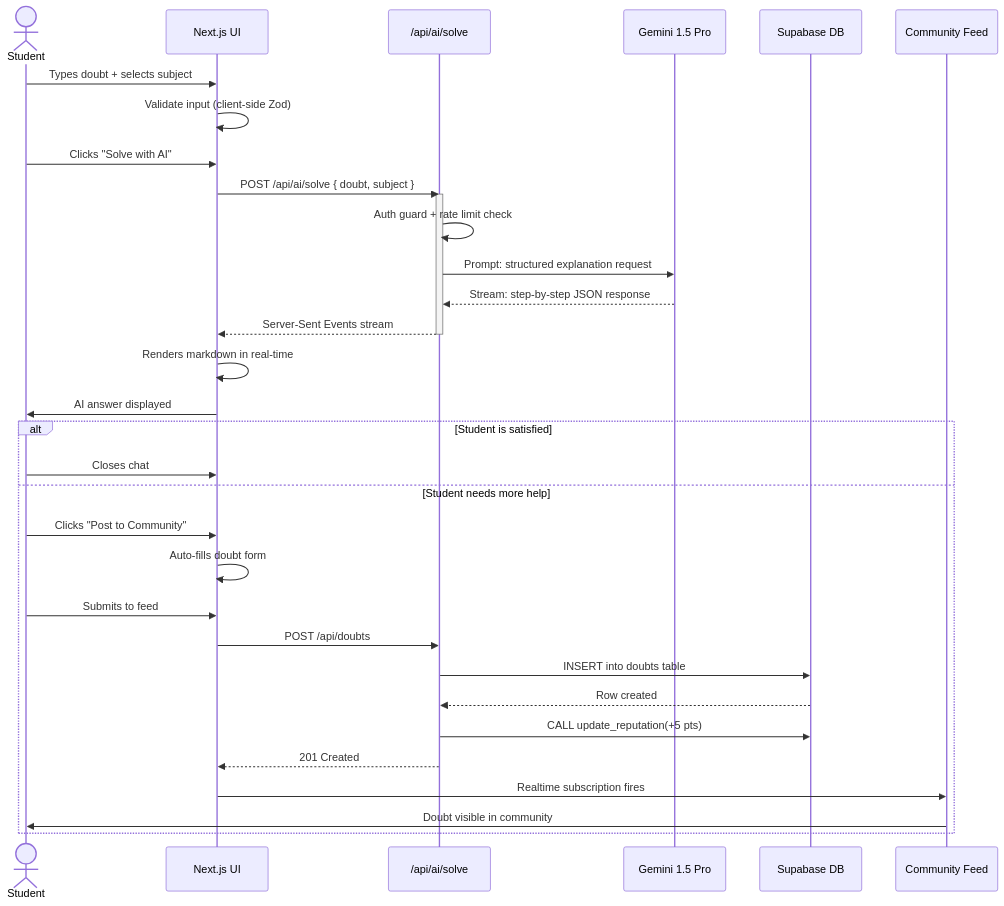
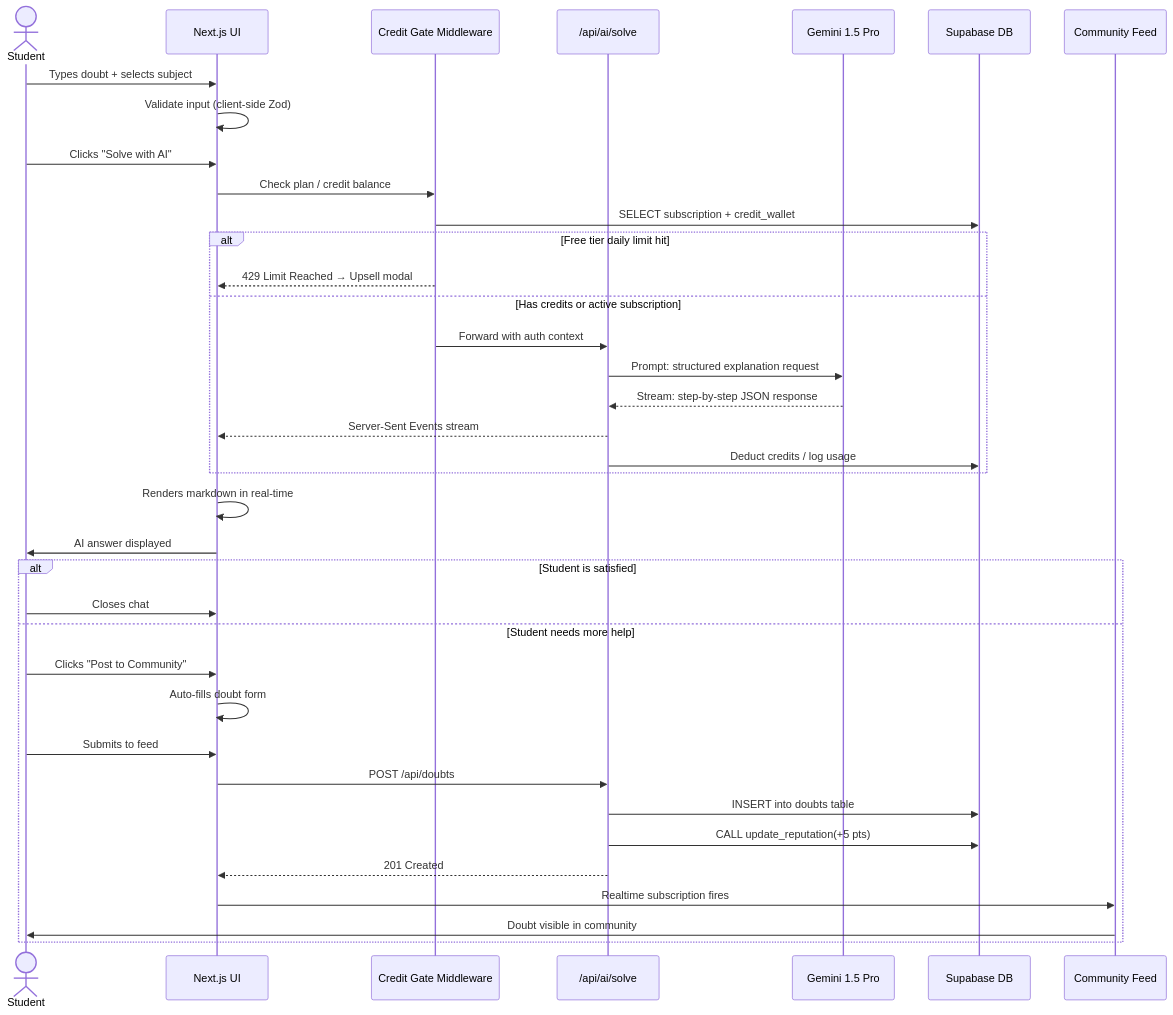
Before and after one commit to ayushjhaa1187-spec/DEV_FUSION: the third of 7 diagrams in README.md, drawn with Mermaid. The commit also changed other lines of this file, not shown here.

````diff
--- a/README.md
+++ b/README.md
@@ -223,39 +527,42 @@
 ```mermaid
 sequenceDiagram
     actor Student
     participant UI as Next.js UI
+    participant GATE as Credit Gate Middleware
     participant API as /api/ai/solve
     participant GEM as Gemini 1.5 Pro
     participant DB as Supabase DB
     participant FEED as Community Feed
 
     Student->>UI: Types doubt + selects subject
     UI->>UI: Validate input (client-side Zod)
     Student->>UI: Clicks "Solve with AI"
-    UI->>API: POST /api/ai/solve { doubt, subject }
-
-    activate API
-    API->>API: Auth guard + rate limit check
-    API->>GEM: Prompt: structured explanation request
-    GEM-->>API: Stream: step-by-step JSON response
-    API-->>UI: Server-Sent Events stream
-    deactivate API
+    UI->>GATE: Check plan / credit balance
+    GATE->>DB: SELECT subscription + credit_wallet
+    alt Free tier daily limit hit
+        GATE-->>UI: 429 Limit Reached → Upsell modal
+    else Has credits or active subscription
+        GATE->>API: Forward with auth context
+        API->>GEM: Prompt: structured explanation request
+        GEM-->>API: Stream: step-by-step JSON response
+        API-->>UI: Server-Sent Events stream
+        API->>DB: Deduct credits / log usage
+    end
 
     UI->>UI: Renders markdown in real-time
     UI->>Student: AI answer displayed
 
     alt Student is satisfied
         Student->>UI: Closes chat
     else Student needs more help
         Student->>UI: Clicks "Post to Community"
         UI->>UI: Auto-fills doubt form
         Student->>UI: Submits to feed
         UI->>API: POST /api/doubts
         API->>DB: INSERT into doubts table
-        DB-->>API: Row created
         API->>DB: CALL update_reputation(+5 pts)
         API-->>UI: 201 Created
         UI->>FEED: Realtime subscription fires
         FEED->>Student: Doubt visible in community
     end
 ```
````
